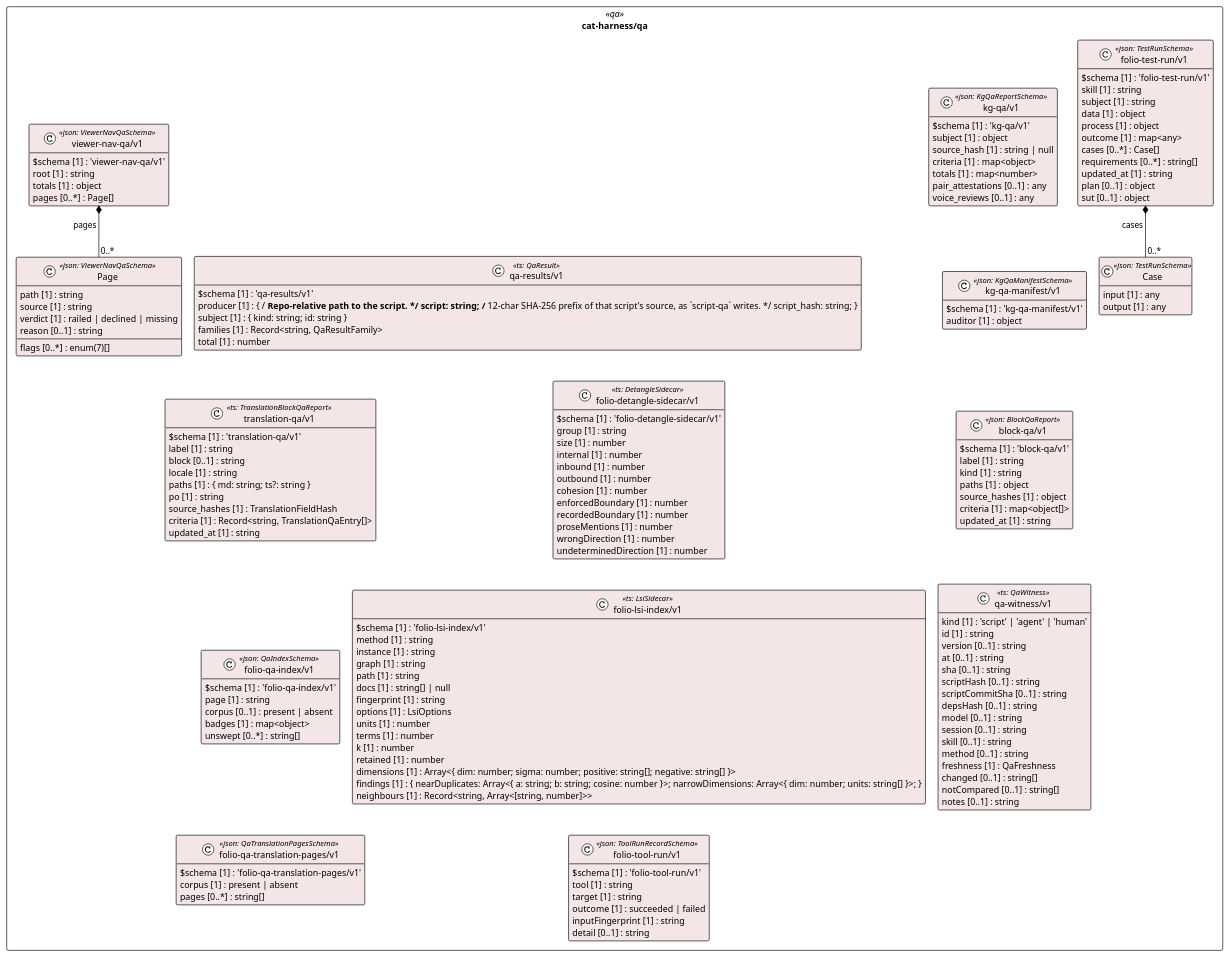
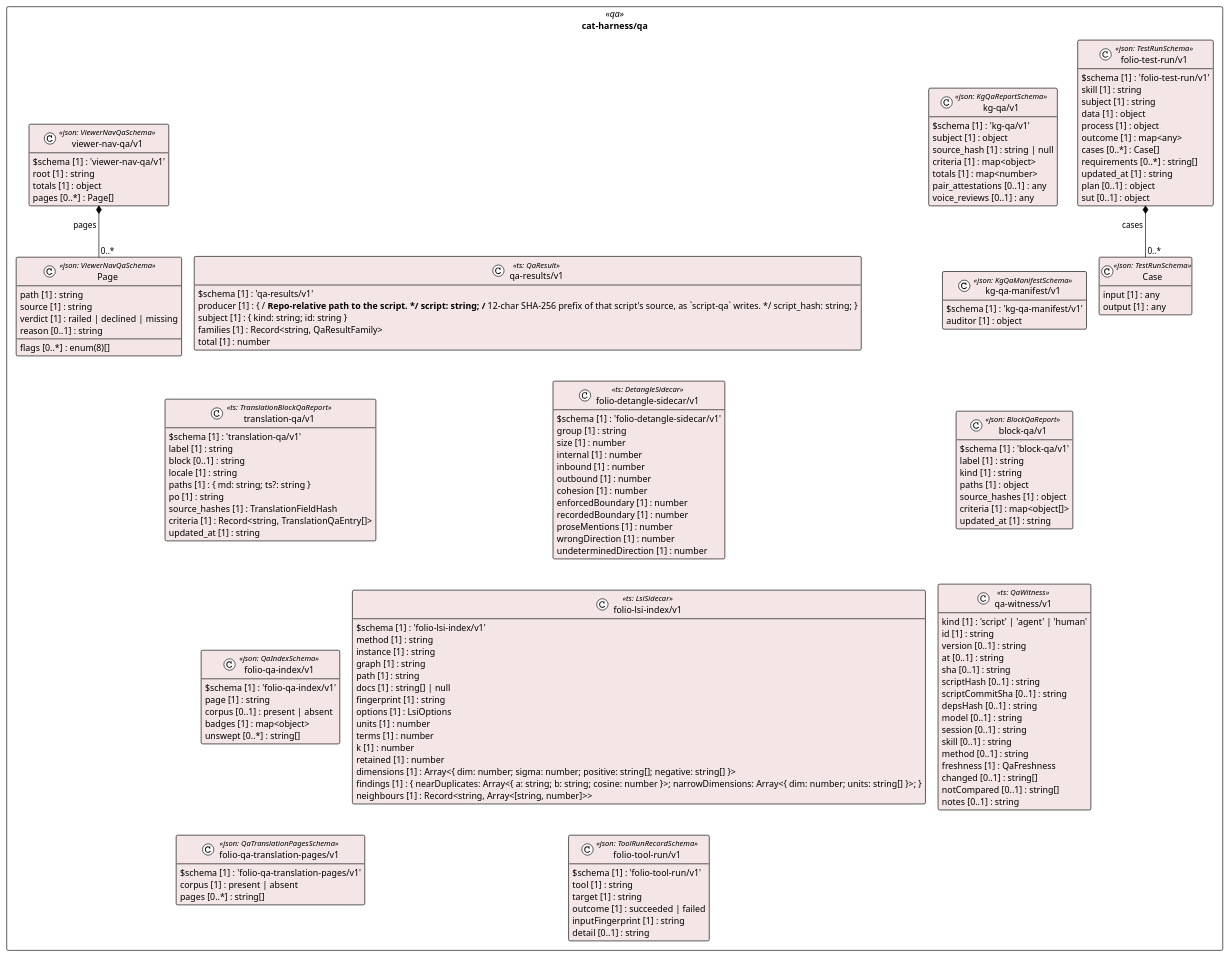
Before and after one commit to litlfred/folio-assistant: the diagram in cat-harness/uml/overview/cat-harness/qa.puml, drawn with PlantUML. The commit also changed 117 other files, not shown here.

```diff
--- a/cat-harness/uml/overview/cat-harness/qa.puml
+++ b/cat-harness/uml/overview/cat-harness/qa.puml
@@ -3,153 +3,153 @@
 @startuml cat_harness_qa
 !pragma layout elk
 !theme plain
 skinparam classAttributeIconSize 0
 skinparam shadowing false
 skinparam packageStyle rectangle
 hide empty methods
 
 package "cat-harness/qa" as pkg_cat_harness_qa <<qa>> {
   class "kg-qa/v1" as cat_harness_qa_kg_qa_v1_kg_qa_v1 <<json: KgQaReportSchema>> #f4e6e6 {
     $schema [1] : 'kg-qa/v1'
     subject [1] : object
     source_hash [1] : string | null
     criteria [1] : map<object>
     totals [1] : map<number>
     pair_attestations [0..1] : any
     voice_reviews [0..1] : any
   }
   class "kg-qa-manifest/v1" as cat_harness_qa_kg_qa_manifest_v1_kg_qa_manifest_v1 <<json: KgQaManifestSchema>> #f4e6e6 {
     $schema [1] : 'kg-qa-manifest/v1'
     auditor [1] : object
   }
   class "block-qa/v1" as cat_harness_qa_block_qa_v1_block_qa_v1 <<json: BlockQaReport>> #f4e6e6 {
     $schema [1] : 'block-qa/v1'
     label [1] : string
     kind [1] : string
     paths [1] : object
     source_hashes [1] : object
     criteria [1] : map<object[]>
     updated_at [1] : string
   }
   class "Case" as cat_harness_qa_folio_test_run_v1_Case <<json: TestRunSchema>> #f4e6e6 {
     input [1] : any
     output [1] : any
   }
   class "folio-test-run/v1" as cat_harness_qa_folio_test_run_v1_folio_test_run_v1 <<json: TestRunSchema>> #f4e6e6 {
     $schema [1] : 'folio-test-run/v1'
     skill [1] : string
     subject [1] : string
     data [1] : object
     process [1] : object
     outcome [1] : map<any>
     cases [0..*] : Case[]
     requirements [0..*] : string[]
     updated_at [1] : string
     plan [0..1] : object
     sut [0..1] : object
   }
   class "qa-witness/v1" as cat_harness_qa_qa_witness_v1 <<ts: QaWitness>> #f4e6e6 {
     kind [1] : 'script' | 'agent' | 'human'
     id [1] : string
     version [0..1] : string
     at [0..1] : string
     sha [0..1] : string
     scriptHash [0..1] : string
     scriptCommitSha [0..1] : string
     depsHash [0..1] : string
     model [0..1] : string
     session [0..1] : string
     skill [0..1] : string
     method [0..1] : string
     freshness [1] : QaFreshness
     changed [0..1] : string[]
     notCompared [0..1] : string[]
     notes [0..1] : string
   }
   class "qa-results/v1" as cat_harness_qa_qa_results_v1 <<ts: QaResult>> #f4e6e6 {
     $schema [1] : 'qa-results/v1'
     producer [1] : { /** Repo-relative path to the script. */ script: string; /** 12-char SHA-256 prefix of that script's source, as `script-qa` writes. */ script_hash: string; }
     subject [1] : { kind: string; id: string }
     families [1] : Record<string, QaResultFamily>
     total [1] : number
   }
   class "translation-qa/v1" as cat_harness_qa_translation_qa_v1 <<ts: TranslationBlockQaReport>> #f4e6e6 {
     $schema [1] : 'translation-qa/v1'
     label [1] : string
     block [0..1] : string
     locale [1] : string
     paths [1] : { md: string; ts?: string }
     po [1] : string
     source_hashes [1] : TranslationFieldHash
     criteria [1] : Record<string, TranslationQaEntry[]>
     updated_at [1] : string
   }
   class "folio-qa-index/v1" as cat_harness_qa_folio_qa_index_v1_folio_qa_index_v1 <<json: QaIndexSchema>> #f4e6e6 {
     $schema [1] : 'folio-qa-index/v1'
     page [1] : string
     corpus [0..1] : present | absent
     badges [1] : map<object>
     unswept [0..*] : string[]
   }
   class "folio-qa-translation-pages/v1" as cat_harness_qa_folio_qa_translation_pages_v1_folio_qa_translation_pages_v1 <<json: QaTranslationPagesSchema>> #f4e6e6 {
     $schema [1] : 'folio-qa-translation-pages/v1'
     corpus [1] : present | absent
     pages [0..*] : string[]
   }
   class "folio-detangle-sidecar/v1" as cat_harness_qa_folio_detangle_sidecar_v1 <<ts: DetangleSidecar>> #f4e6e6 {
     $schema [1] : 'folio-detangle-sidecar/v1'
     group [1] : string
     size [1] : number
     internal [1] : number
     inbound [1] : number
     outbound [1] : number
     cohesion [1] : number
     enforcedBoundary [1] : number
     recordedBoundary [1] : number
     proseMentions [1] : number
     wrongDirection [1] : number
     undeterminedDirection [1] : number
   }
   class "folio-lsi-index/v1" as cat_harness_qa_folio_lsi_index_v1 <<ts: LsiSidecar>> #f4e6e6 {
     $schema [1] : 'folio-lsi-index/v1'
     method [1] : string
     instance [1] : string
     graph [1] : string
     path [1] : string
     docs [1] : string[] | null
     fingerprint [1] : string
     options [1] : LsiOptions
     units [1] : number
     terms [1] : number
     k [1] : number
     retained [1] : number
     dimensions [1] : Array<{ dim: number; sigma: number; positive: string[]; negative: string[] }>
     findings [1] : { nearDuplicates: Array<{ a: string; b: string; cosine: number }>; narrowDimensions: Array<{ dim: number; units: string[] }>; }
     neighbours [1] : Record<string, Array<[string, number]>>
   }
   class "folio-tool-run/v1" as cat_harness_qa_folio_tool_run_v1_folio_tool_run_v1 <<json: ToolRunRecordSchema>> #f4e6e6 {
     $schema [1] : 'folio-tool-run/v1'
     tool [1] : string
     target [1] : string
     outcome [1] : succeeded | failed
     inputFingerprint [1] : string
     detail [0..1] : string
   }
   class "Page" as cat_harness_qa_viewer_nav_qa_v1_Page <<json: ViewerNavQaSchema>> #f4e6e6 {
     path [1] : string
     source [1] : string
     verdict [1] : railed | declined | missing
     reason [0..1] : string
-    flags [0..*] : enum(7)[]
+    flags [0..*] : enum(8)[]
   }
   class "viewer-nav-qa/v1" as cat_harness_qa_viewer_nav_qa_v1_viewer_nav_qa_v1 <<json: ViewerNavQaSchema>> #f4e6e6 {
     $schema [1] : 'viewer-nav-qa/v1'
     root [1] : string
     totals [1] : object
     pages [0..*] : Page[]
   }
 }
 
 cat_harness_qa_folio_test_run_v1_folio_test_run_v1 *-- "0..*" cat_harness_qa_folio_test_run_v1_Case : cases
 cat_harness_qa_viewer_nav_qa_v1_viewer_nav_qa_v1 *-- "0..*" cat_harness_qa_viewer_nav_qa_v1_Page : pages
 @enduml
```
